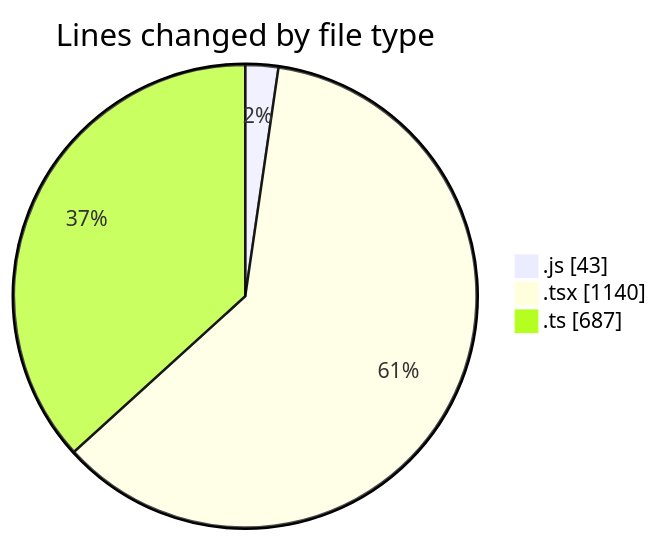
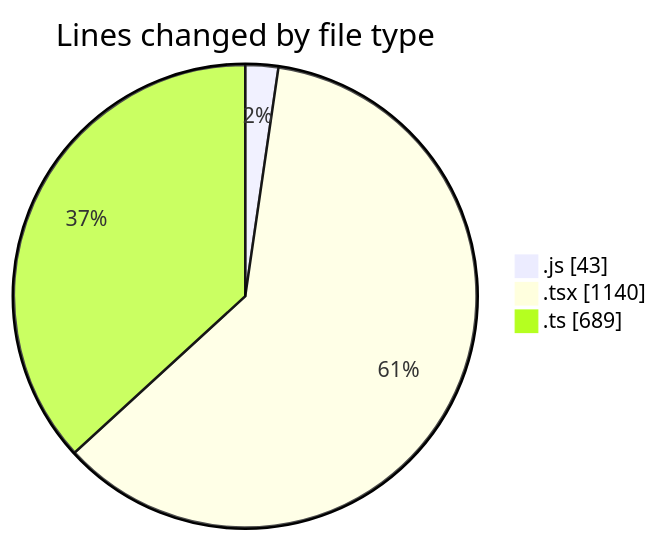
One commit to momahboobian/code-tracking changed the first of 2 diagrams in 2026-03-09/cda/README.md. Above: the diagram before and after it, drawn with Mermaid. The commit also changed other lines of this file and 1 other file, not shown here.

````diff
--- a/2026-03-09/cda/README.md
+++ b/2026-03-09/cda/README.md
@@ -31,7 +31,7 @@
 ```mermaid
 pie showData
 title Lines changed by file type
 ".js" : 43
 ".tsx" : 1140
-".ts" : 687
+".ts" : 689
 ```
````
